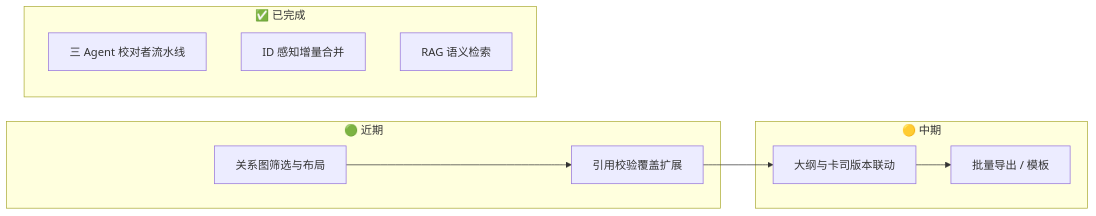
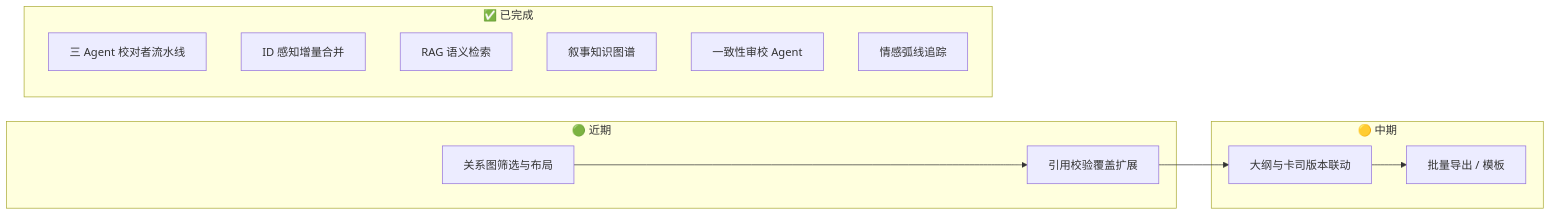
One commit to Lucas-Wang-THU/Magic_Creater_World changed the fourth of 4 diagrams in README.md. Above: the diagram before and after it, drawn with Mermaid. The commit also changed other lines of this file and 15 other files, not shown here.

First line of the commit message:
feat: add consistency checker, narrative knowledge graph manager, and sentiment tracker

````diff
--- a/README.md
+++ b/README.md
@@ -468,17 +468,20 @@
 ```mermaid
 flowchart LR
   subgraph 近期["🟢 近期"]
     A1[关系图筛选与布局]
     A2[引用校验覆盖扩展]
   end
   subgraph 中期["🟡 中期"]
     B1[大纲与卡司版本联动]
     B2[批量导出 / 模板]
   end
   subgraph 已完成["✅ 已完成"]
     C1[三 Agent 校对者流水线]
     C2[ID 感知增量合并]
     C3[RAG 语义检索]
+    C4[叙事知识图谱]
+    C5[一致性审校 Agent]
+    C6[情感弧线追踪]
   end
   A1 --> A2 --> B1 --> B2
 ```
````
